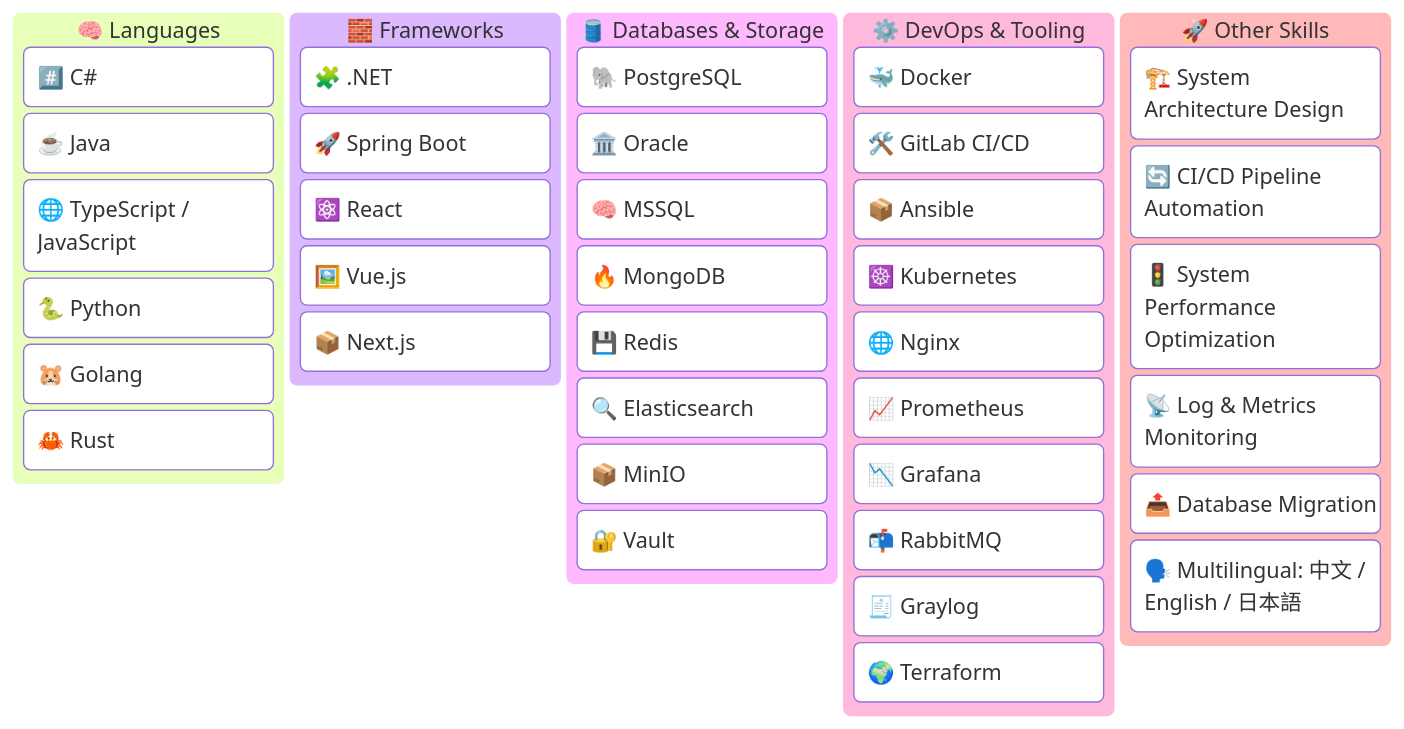
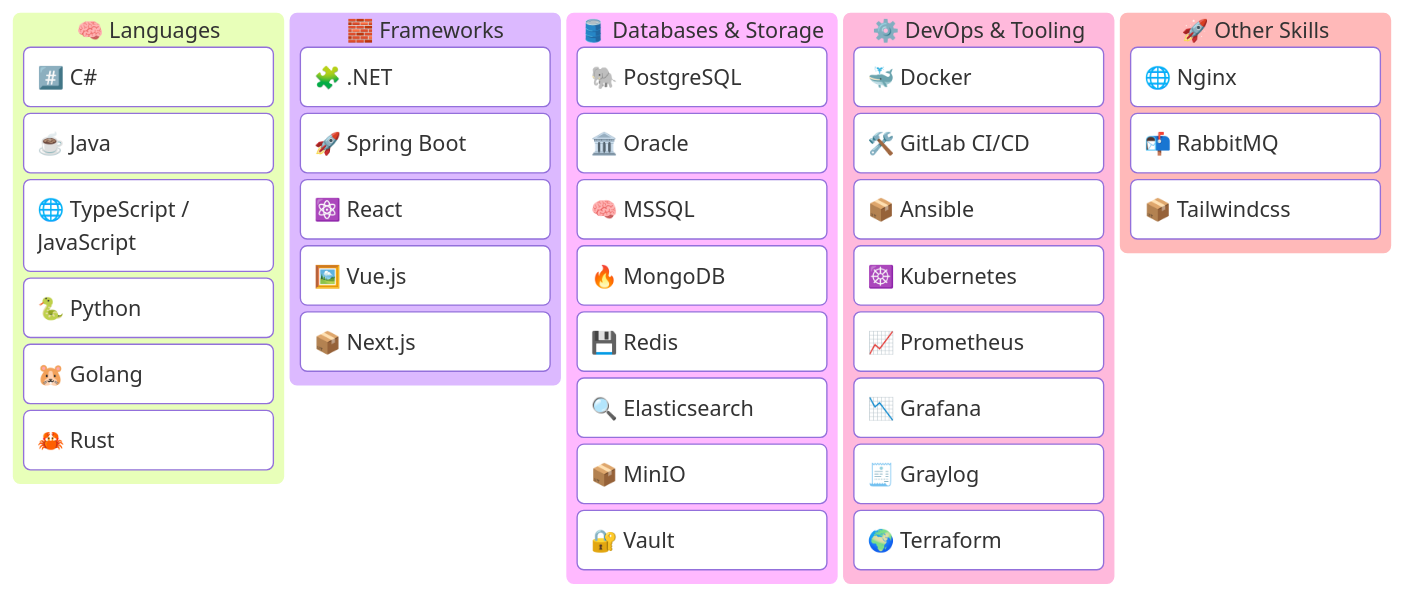
Before and after one commit to jyasuu/jyasuu: the diagram in README.md, drawn with Mermaid.

````diff
--- a/README.md
+++ b/README.md
@@ -3,55 +3,50 @@
 ```mermaid
 ---
 ---
 config:
   kanban:
     ticketBaseUrl: 'https://github.com/jyasuu/#TICKET#'
 ---
 
 kanban
   🧠 Languages
     [#️⃣ C# ]
     [☕ Java]
     [🌐 TypeScript / JavaScript]
     [🐍 Python]
     [🐹 Golang]
     [🦀 Rust]
 
   🧱 Frameworks
     [🧩 .NET]
     [🚀 Spring Boot]
     [⚛️ React]
     [🖼️ Vue.js]
     [📦 Next.js]
 
   🛢️ Databases & Storage
     [🐘 PostgreSQL]
     [🏛️ Oracle]
     [🧠 MSSQL]
     [🔥 MongoDB]
     [💾 Redis]
     [🔍 Elasticsearch]
     [📦 MinIO]
     [🔐 Vault]
 
   ⚙️ DevOps & Tooling
     [🐳 Docker]
     [🛠️ GitLab CI/CD]
     [📦 Ansible]
     [☸️ Kubernetes]
-    [🌐 Nginx]
     [📈 Prometheus]
     [📉 Grafana]
-    [📬 RabbitMQ]
     [🧾 Graylog]
     [🌍 Terraform]
 
   🚀 Other Skills
-    [🏗️ System Architecture Design]
-    [🔄 CI/CD Pipeline Automation]
-    [🚦 System Performance Optimization]
-    [📡 Log & Metrics Monitoring]
-    [📤 Database Migration ]
-    [🗣️ Multilingual: 中文 / English / 日本語]
+    [🌐 Nginx]
+    [📬 RabbitMQ]
+    [📦 Tailwindcss]
 
 ```
````
